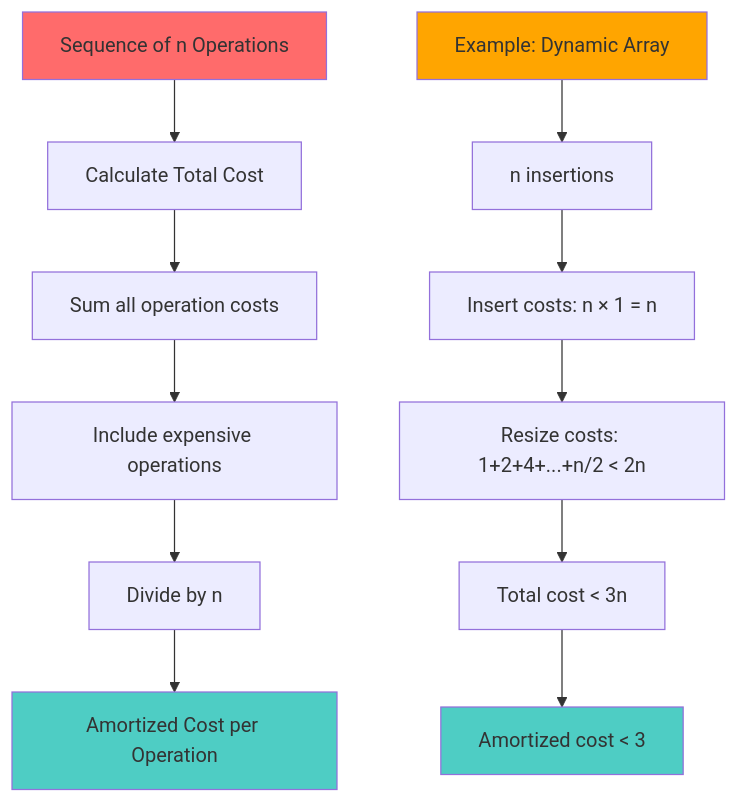
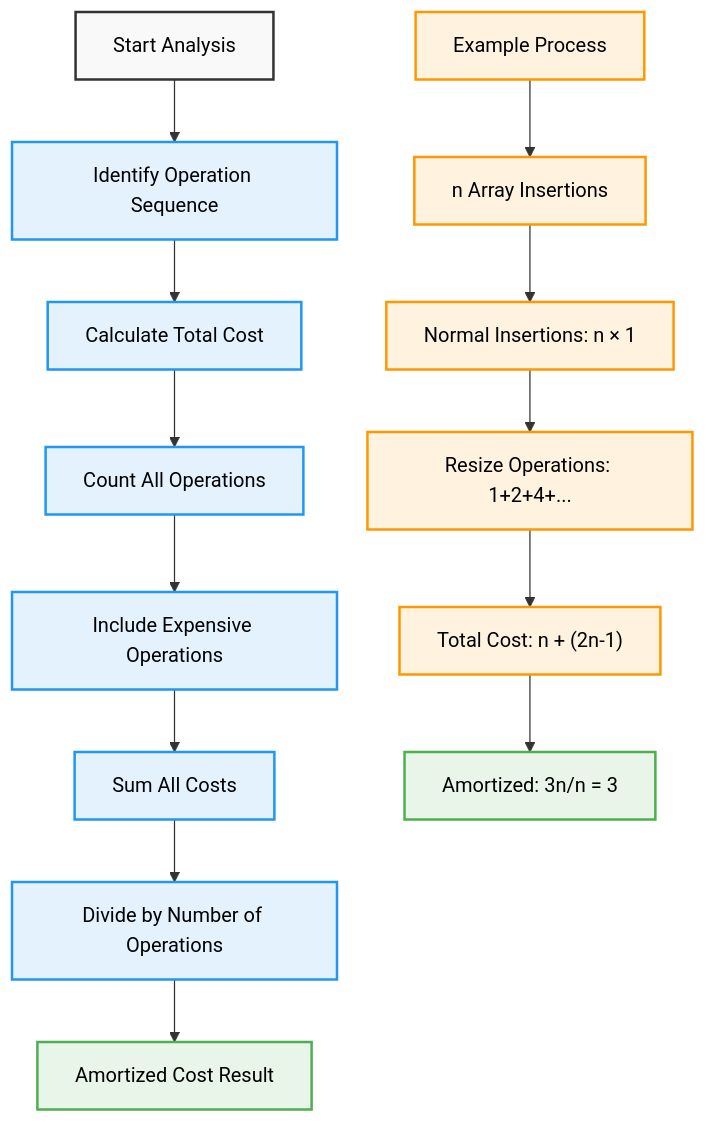
Before and after one commit to AbhishekGiri04/Algorithmics-Foundations: the fifth of 13 diagrams in concepts/amortized-analysis.md, drawn with Mermaid. The commit also changed other lines of this file, not shown here.

Commit message:
Complete amortized analysis guide with professional diagrams and comprehensive coverage

````diff
--- a/concepts/amortized-analysis.md
+++ b/concepts/amortized-analysis.md
@@ -176,19 +265,24 @@
 ```mermaid
 flowchart TD
-    A["Sequence of n Operations"] --> B["Calculate Total Cost"]
-    B --> C["Sum all operation costs"]
-    C --> D["Include expensive operations"]
-    D --> E["Divide by n"]
-    E --> F["Amortized Cost per Operation"]
+    A["Start Analysis"] --> B["Identify Operation Sequence"]
+    B --> C["Calculate Total Cost"]
+    C --> D["Count All Operations"]
+    D --> E["Include Expensive Operations"]
+    E --> F["Sum All Costs"]
+    F --> G["Divide by Number of Operations"]
+    G --> H["Amortized Cost Result"]
     
-    G["Example: Dynamic Array"] --> H["n insertions"]
-    H --> I["Insert costs: n × 1 = n"]
-    I --> J["Resize costs: 1+2+4+...+n/2 < 2n"]
-    J --> K["Total cost < 3n"]
-    K --> L["Amortized cost < 3"]
+    I["Example Process"] --> J["n Array Insertions"]
+    J --> K["Normal Insertions: n × 1"]
+    K --> L["Resize Operations: 1+2+4+..."]
+    L --> M["Total Cost: n + (2n-1)"]
+    M --> N["Amortized: 3n/n = 3"]
     
-    style A fill:#ff6b6b
-    style F fill:#4ecdc4
-    style G fill:#ffa500
-    style L fill:#4ecdc4
+    classDef default fill:#f9f9f9,stroke:#333,stroke-width:2px,color:#000
+    classDef process fill:#e3f2fd,stroke:#2196f3,stroke-width:2px,color:#000
+    classDef example fill:#fff3e0,stroke:#ff9800,stroke-width:2px,color:#000
+    classDef result fill:#e8f5e8,stroke:#4caf50,stroke-width:2px,color:#000
+    class B,C,D,E,F,G process
+    class I,J,K,L,M example
+    class H,N result
 ```
````
